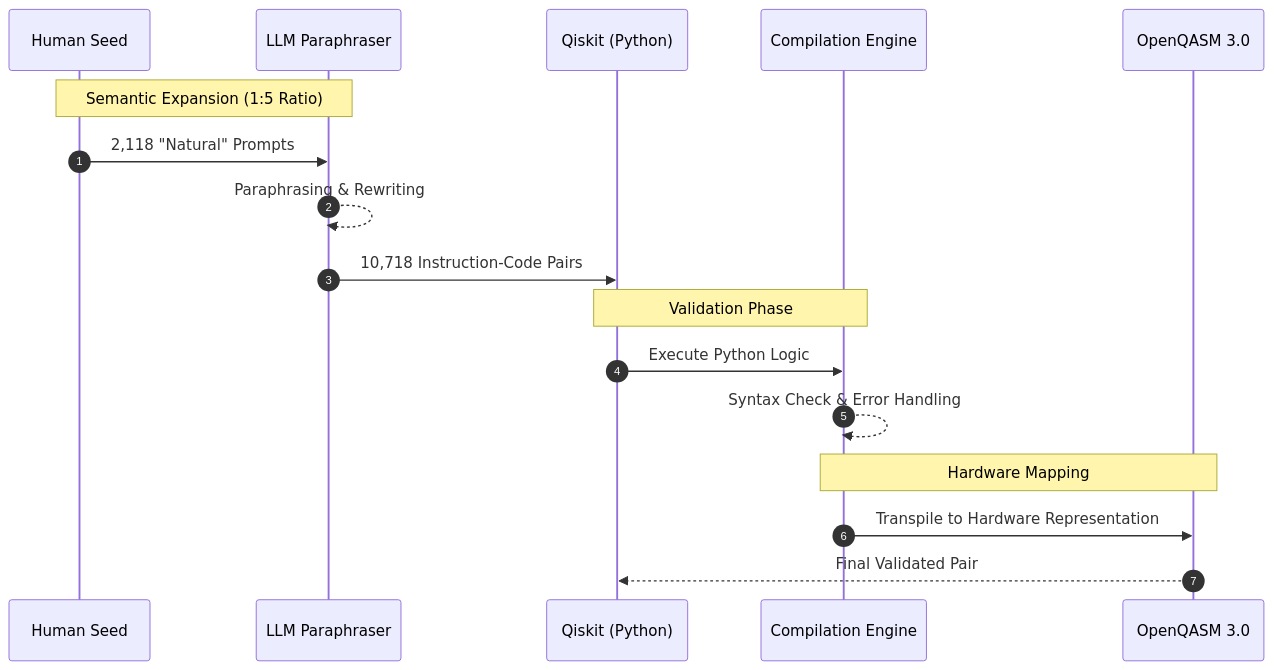
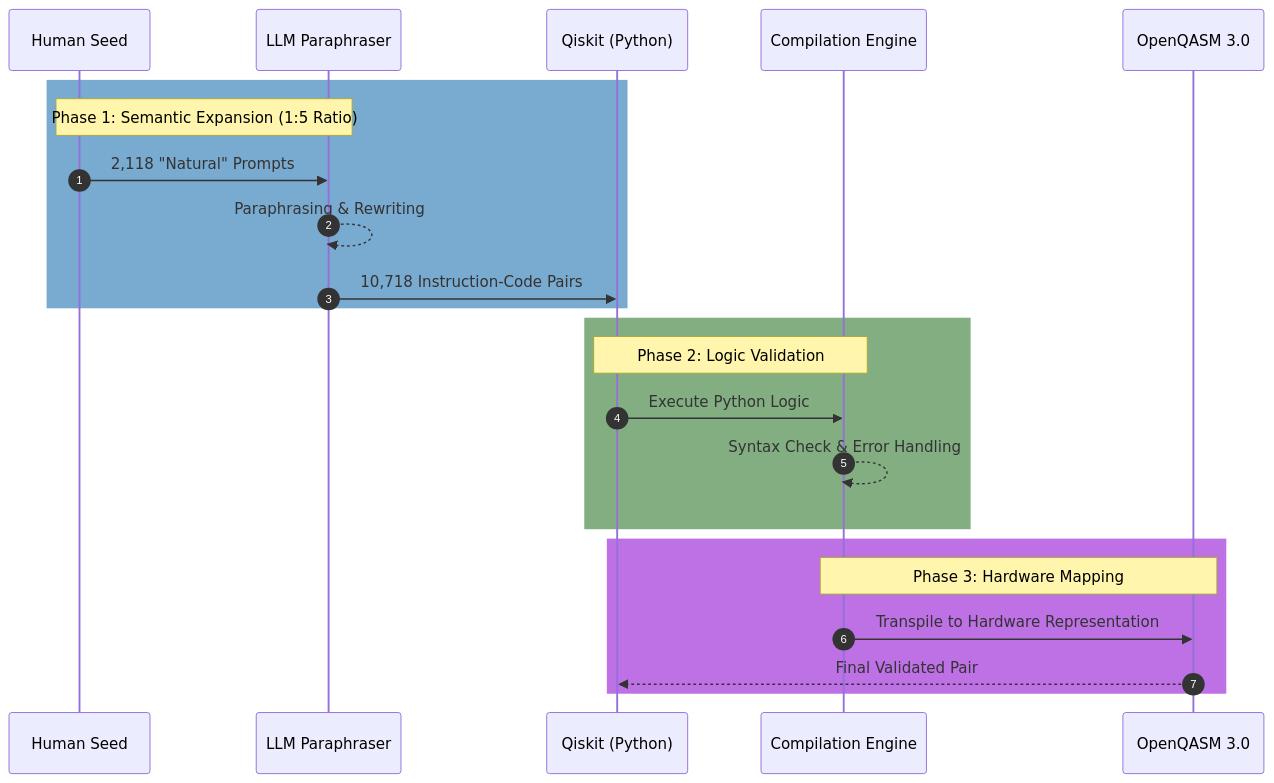
Before and after one commit to Elias-Abebe-Gasparini/PQID-Dataset: the diagram in ARCHITECTURE.mmd, drawn with Mermaid. The commit also changed 1 other file, not shown here.

Commit message:
Docs: Add color-coded sequence diagram for data lifecycle

````diff
--- a/ARCHITECTURE.mmd
+++ b/ARCHITECTURE.mmd
@@ -50,22 +50,28 @@
 ```mermaid
 sequenceDiagram
     autonumber
     participant H as Human Seed
     participant LLM as LLM Paraphraser
     participant QK as Qiskit (Python)
     participant VAL as Compilation Engine
     participant Q3 as OpenQASM 3.0
 
-    Note over H,LLM: Semantic Expansion (1:5 Ratio)
+    rect rgb(121, 170, 208)
+    Note over H,LLM: Phase 1: Semantic Expansion (1:5 Ratio)
     H->>LLM: 2,118 "Natural" Prompts
     LLM-->>LLM: Paraphrasing & Rewriting
     LLM->>QK: 10,718 Instruction-Code Pairs
+    end
 
-    Note over QK,VAL: Validation Phase
+    rect rgb(130, 174, 130)
+    Note over QK,VAL: Phase 2: Logic Validation
     QK->>VAL: Execute Python Logic
     VAL-->>VAL: Syntax Check & Error Handling
+    end
     
-    Note over VAL,Q3: Hardware Mapping
+    rect rgb(190, 112, 229)
+    Note over VAL,Q3: Phase 3: Hardware Mapping
     VAL->>Q3: Transpile to Hardware Representation
     Q3-->>QK: Final Validated Pair
+    end
 ```
````
